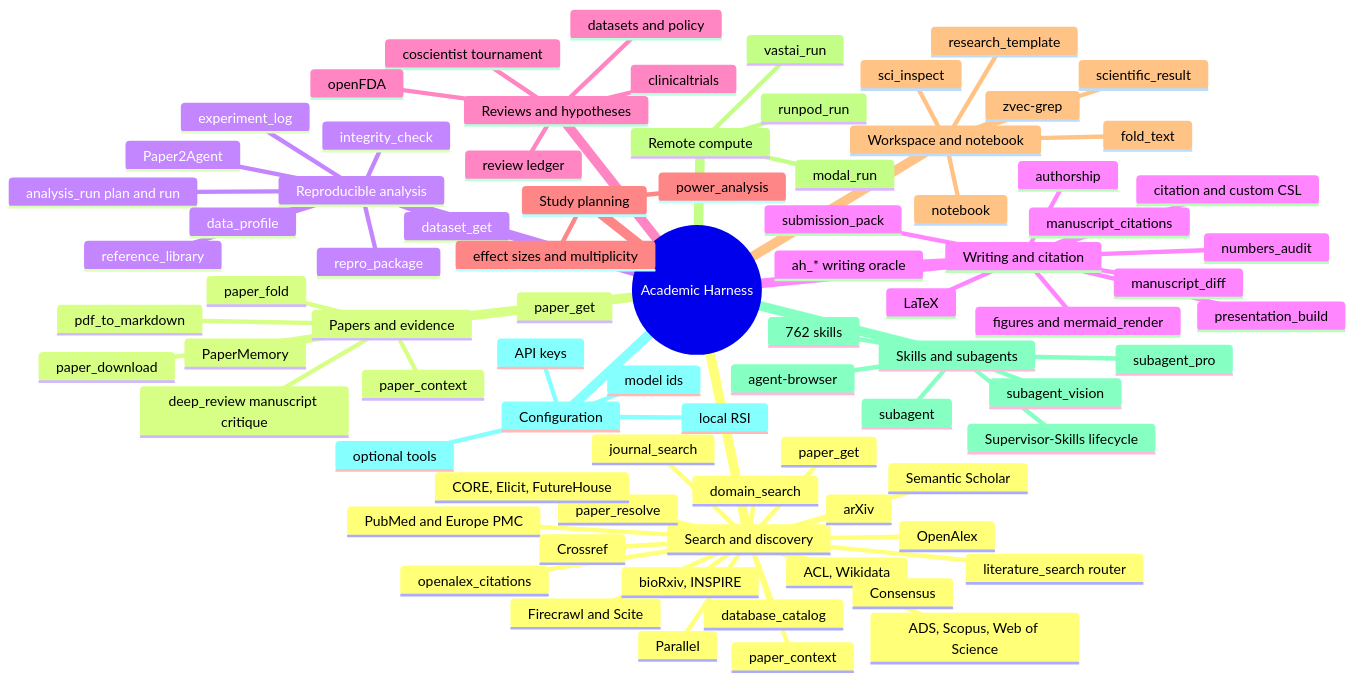
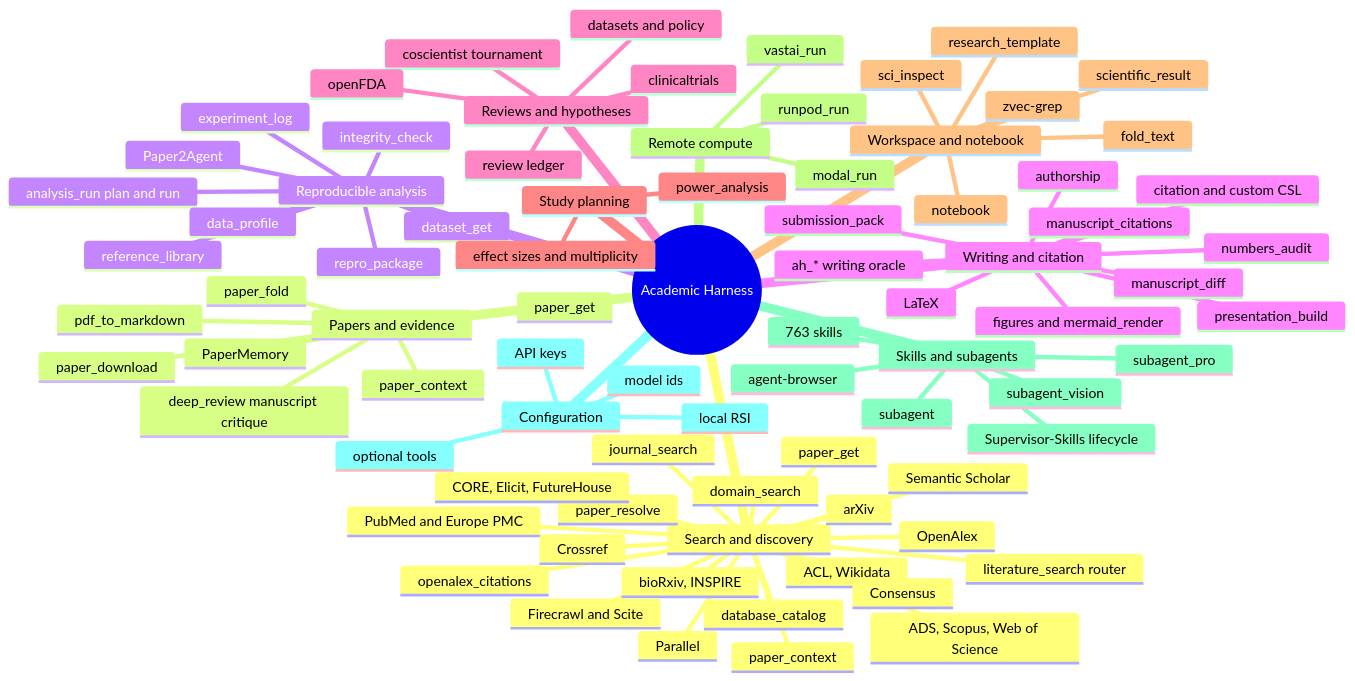
Before and after one commit to raktim-mondol/academic-harness: the diagram in docs/diagrams/capability-map.mmd, drawn with Mermaid. The commit also changed 36 other files, not shown here.

```diff
--- a/docs/diagrams/capability-map.mmd
+++ b/docs/diagrams/capability-map.mmd
@@ -1,83 +1,83 @@
 mindmap
   root((Academic Harness))
     Search and discovery
       literature_search router
       journal_search
       paper_get
       paper_context
       paper_resolve
       openalex_citations
       database_catalog
       domain_search
       OpenAlex
       Semantic Scholar
       PubMed and Europe PMC
       arXiv
       Crossref
       bioRxiv, INSPIRE
       ADS, Scopus, Web of Science
       ACL, Wikidata
       Consensus
       Parallel
       Firecrawl and Scite
       CORE, Elicit, FutureHouse
     Papers and evidence
       paper_get
       paper_context
       paper_download
       paper_fold
       pdf_to_markdown
       deep_review manuscript critique
       PaperMemory
     Reproducible analysis
       analysis_run plan and run
       experiment_log
       dataset_get
       data_profile
       repro_package
       reference_library
       integrity_check
       Paper2Agent
     Writing and citation
       ah_* writing oracle
       citation and custom CSL
       manuscript_citations
       submission_pack
       manuscript_diff
       numbers_audit
       presentation_build
       authorship
       LaTeX
       figures and mermaid_render
     Reviews and hypotheses
       review ledger
       coscientist tournament
       clinicaltrials
       openFDA
       datasets and policy
     Study planning
       power_analysis
       effect sizes and multiplicity
     Workspace and notebook
       zvec-grep
       notebook
       scientific_result
       fold_text
       sci_inspect
       research_template
     Remote compute
       modal_run
       runpod_run
       vastai_run
     Skills and subagents
-      762 skills
+      763 skills
       Supervisor-Skills lifecycle
       agent-browser
       subagent
       subagent_pro
       subagent_vision
     Configuration
       API keys
       model ids
       optional tools
       local RSI
```
